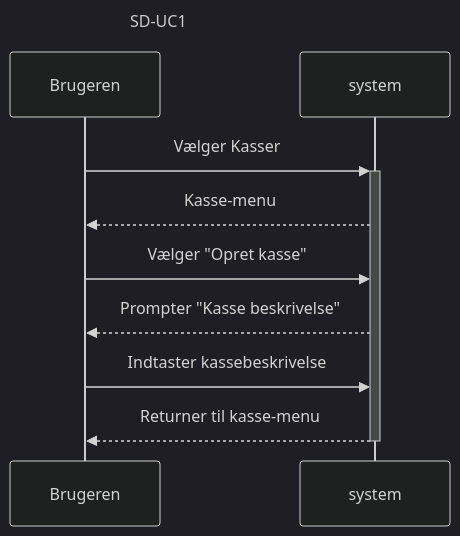
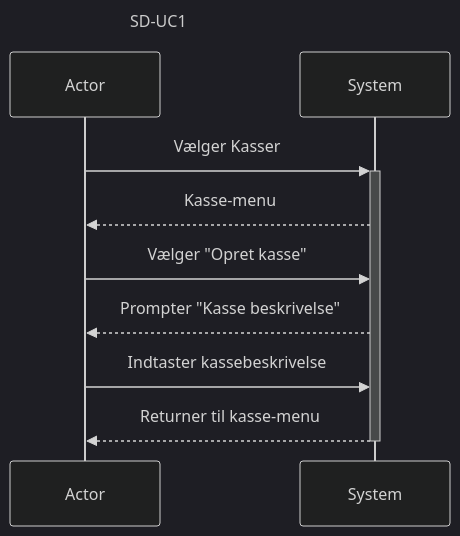
Before and after one commit to DMOoF25-Team-11-2/GettingReal: the diagram in documentation/SD-UC1.mmd, drawn with Mermaid. The commit also changed 12 other files, not shown here.

```diff
--- a/documentation/SD-UC1.mmd
+++ b/documentation/SD-UC1.mmd
@@ -1,14 +1,21 @@
 ---
 config:
   theme: dark
   look: classic
   layout: dagre
 title: SD-UC1
+description: |
+  Sekvensdiagram for UC1 - Opret kasse
+  Brugeren vælger "Opret kasse" fra kasse-menuen og indtaster kassenummer pg evt beskrivelse af kassen.
+  Systemet returnerer til kasse-menuen.
+  Kassen oprettes i systemet.
 ---
 sequenceDiagram
-    Brugeren->>+system: Vælger Kasser
-    system-->>Brugeren: Kasse-menu
-    Brugeren->>system: Vælger "Opret kasse"
-    system-->>Brugeren: Prompter "Kasse beskrivelse"
-    Brugeren->>system: Indtaster kassebeskrivelse
-    system-->>-Brugeren: Returner til kasse-menu
+    participant User as Actor
+    participant System
+    User->>+System: Vælger Kasser
+    System-->>User: Kasse-menu
+    User->>System: Vælger "Opret kasse"
+    System-->>User: Prompter "Kasse beskrivelse"
+    User->>System: Indtaster kassebeskrivelse
+    System-->>-User: Returner til kasse-menu
```
